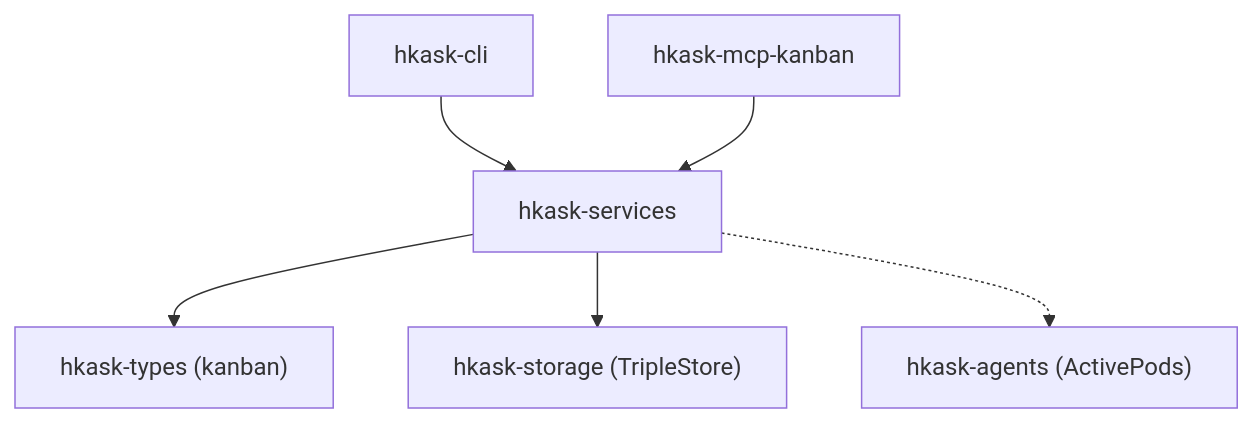
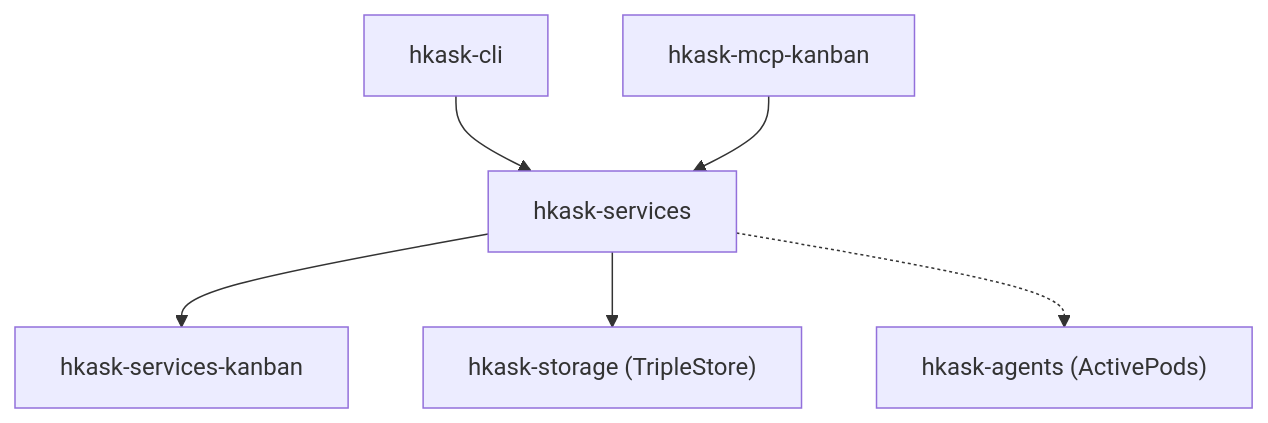
One commit to mdz-axo/hKask changed the third of 8 diagrams in docs/architecture/hKask-architecture-master.md. Above: the diagram before and after it, drawn with Mermaid. The commit also changed other lines of this file and 101 other files, not shown here.

````diff
--- a/docs/architecture/hKask-architecture-master.md
+++ b/docs/architecture/hKask-architecture-master.md
@@ -508,8 +508,8 @@
 ```mermaid
 graph TD
     CLI["hkask-cli"] --> SVC["hkask-services"]
     MCP["hkask-mcp-kanban"] --> SVC
-    SVC --> TYPES["hkask-types (kanban)"]
+    SVC --> TYPES["hkask-services-kanban"]
     SVC --> STORAGE["hkask-storage (TripleStore)"]
     SVC -.-> AGENTS["hkask-agents (ActivePods)"]
 ```
````
